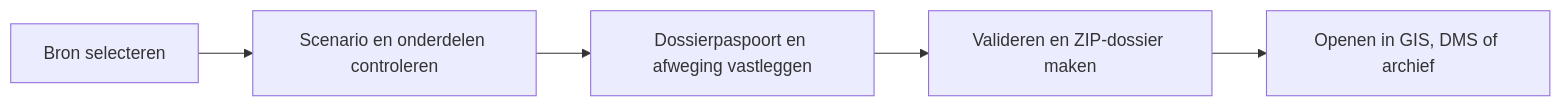
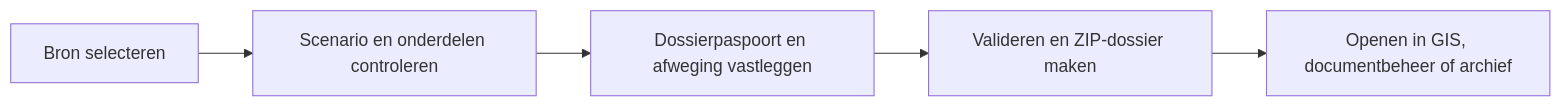
Before and after one commit to 200529-Hugo/provincie-utrecht-tygron-to-zip: the diagram in docs/hugo/verantwoordingsdocument.md, drawn with Mermaid. The commit also changed other lines of this file and 4 other files, not shown here.

````diff
--- a/docs/hugo/verantwoordingsdocument.md
+++ b/docs/hugo/verantwoordingsdocument.md
@@ -149,7 +161,7 @@
 ```mermaid
 flowchart LR
     A["Bron selecteren"] --> B["Scenario en onderdelen controleren"]
     B --> C["Dossierpaspoort en afweging vastleggen"]
     C --> D["Valideren en ZIP-dossier maken"]
-    D --> E["Openen in GIS, DMS of archief"]
+    D --> E["Openen in GIS, documentbeheer of archief"]
 ```
````
